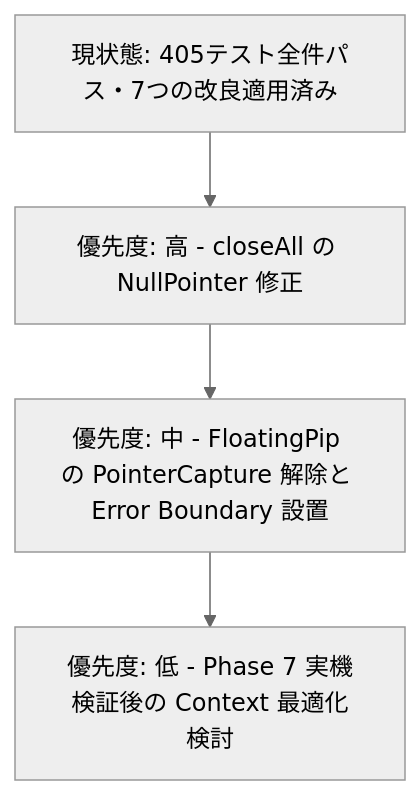
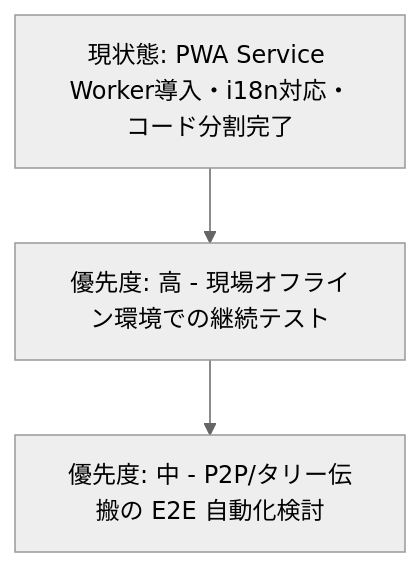
The diagram in SYSTEM_CODE_REVIEW.md (O-rengeman/Phone-TC), drawn with Mermaid (neutral theme) before and after one commit. The commit also changed other lines of this file and 20 other files, not shown here.

Commit message:
feat: complete roadmap PWA offline SW, i18n CJK enforcement, and code splitting

````diff
--- a/SYSTEM_CODE_REVIEW.md
+++ b/SYSTEM_CODE_REVIEW.md
@@ -121,6 +88,5 @@
 ```mermaid
 flowchart TD
-    A[現状態: 405テスト全件パス・7つの改良適用済み] --> B[優先度: 高 - closeAll の NullPointer 修正]
-    B --> C[優先度: 中 - FloatingPip の PointerCapture 解除と Error Boundary 設置]
-    C --> D[優先度: 低 - Phase 7 実機検証後の Context 最適化検討]
+    A[現状態: PWA Service Worker導入・i18n対応・コード分割完了] --> B[優先度: 高 - 現場オフライン環境での継続テスト]
+    B --> C[優先度: 中 - P2P/タリー伝搬の E2E 自動化検討]
 ```
````
